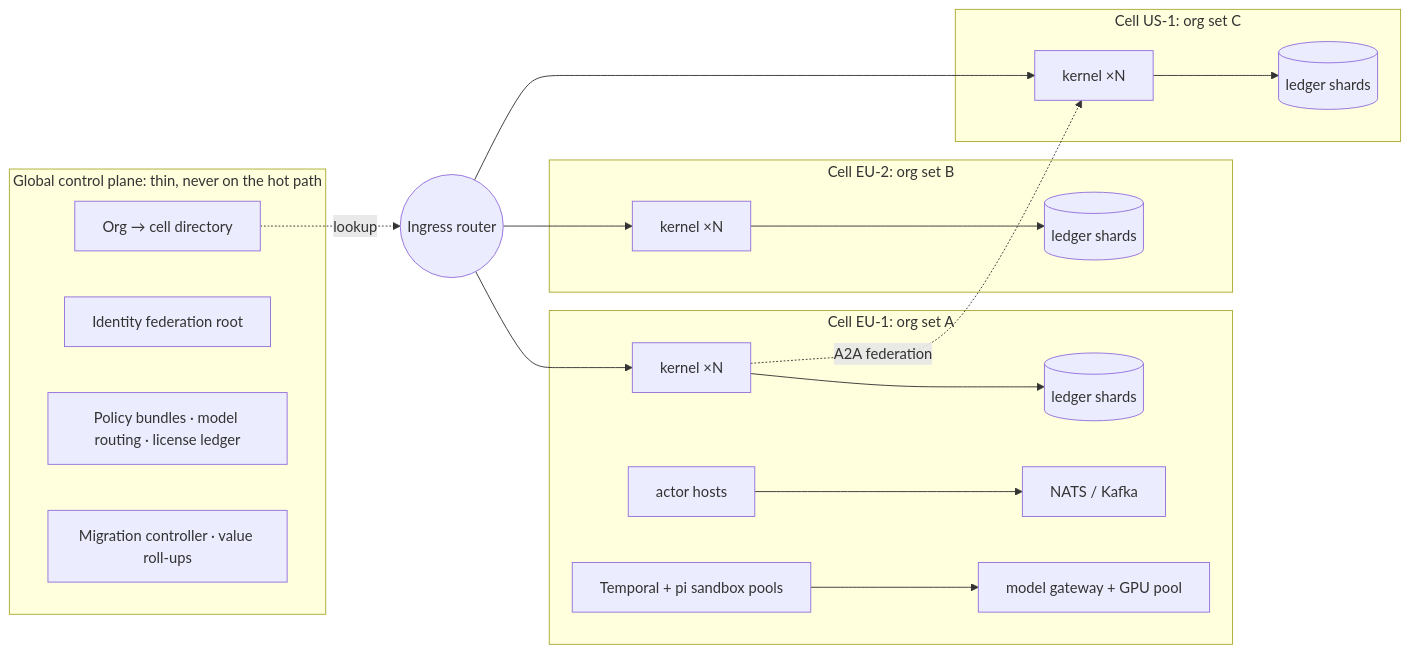
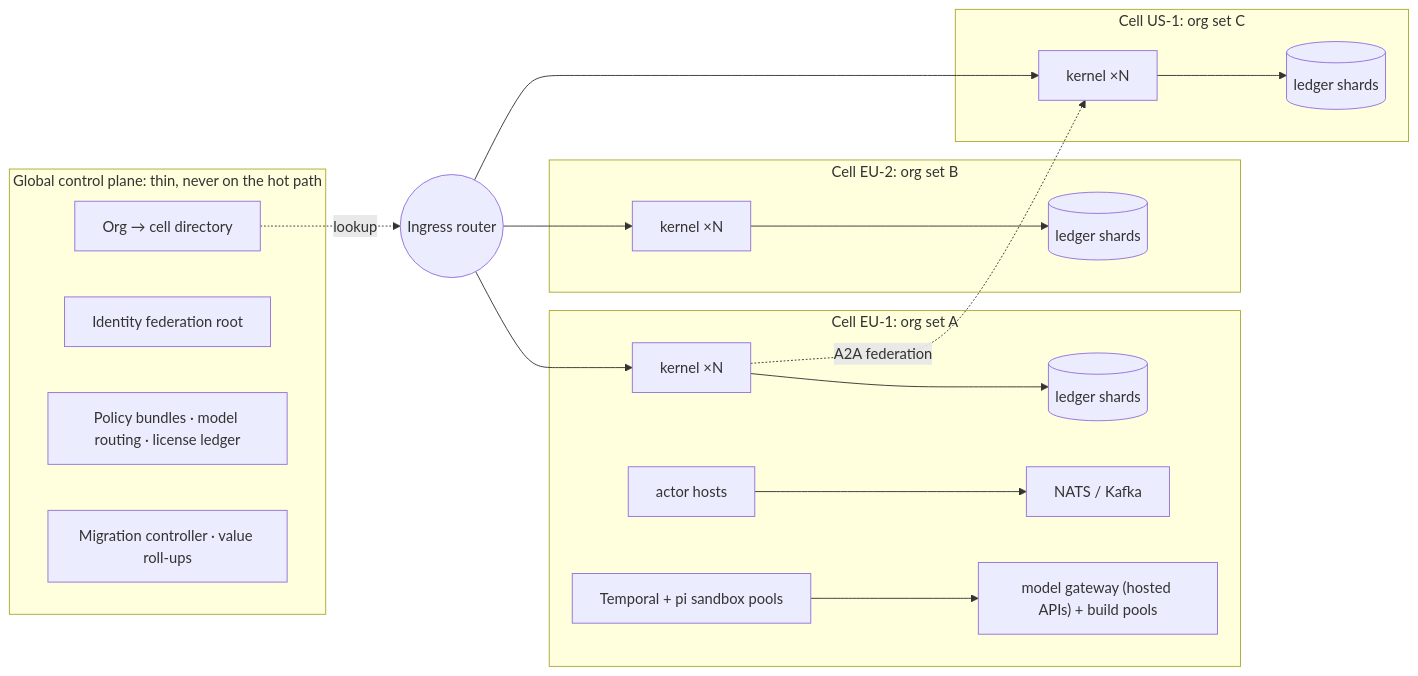
The fourth of 4 diagrams in docs/YEAR96_TECHNICAL_ARCHITECTURE.md (MenachemBarak/year96), drawn with Mermaid before and after one commit. The commit also changed other lines of this file and 1 other file, not shown here.

First line of the commit message:
docs: architecture v0.13, owner's Q5 exception and round-10 notes

````diff
--- a/docs/YEAR96_TECHNICAL_ARCHITECTURE.md
+++ b/docs/YEAR96_TECHNICAL_ARCHITECTURE.md
@@ -1595,26 +1601,26 @@
 ```mermaid
 flowchart LR
   subgraph GLOBAL["Global control plane: thin, never on the hot path"]
     DIR["Org → cell directory"]
     IDR["Identity federation root"]
     POL["Policy bundles · model routing · license ledger"]
     MIG["Migration controller · value roll-ups"]
   end
   RT(("Ingress router"))
   DIR -.->|"lookup"| RT
   subgraph C1["Cell EU-1: org set A"]
     K1["kernel ×N"] --> L1[("ledger shards")]
     A1["actor hosts"] --> B1["NATS / Kafka"]
-    W1["Temporal + pi sandbox pools"] --> M1["model gateway + GPU pool"]
+    W1["Temporal + pi sandbox pools"] --> M1["model gateway (hosted APIs) + build pools"]
   end
   subgraph C2["Cell EU-2: org set B"]
     K2["kernel ×N"] --> L2[("ledger shards")]
   end
   subgraph C3["Cell US-1: org set C"]
     K3["kernel ×N"] --> L3[("ledger shards")]
   end
   RT --> K1
   RT --> K2
   RT --> K3
   K1 -.->|"A2A federation"| K3
 ```
````
